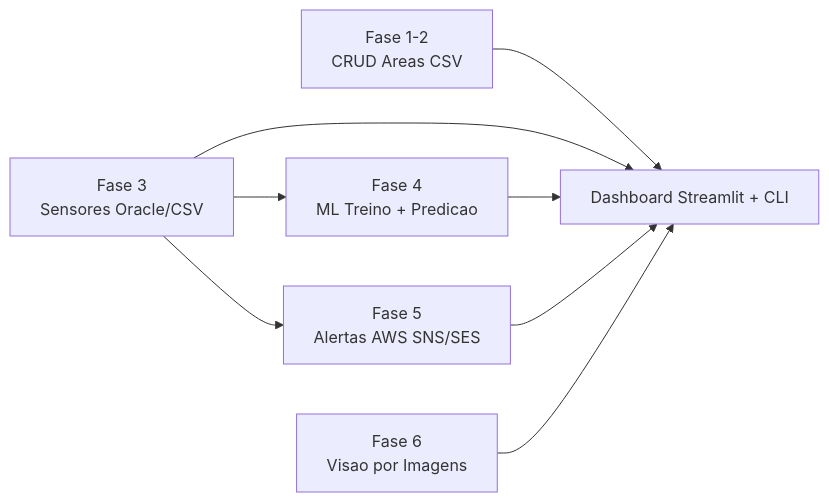
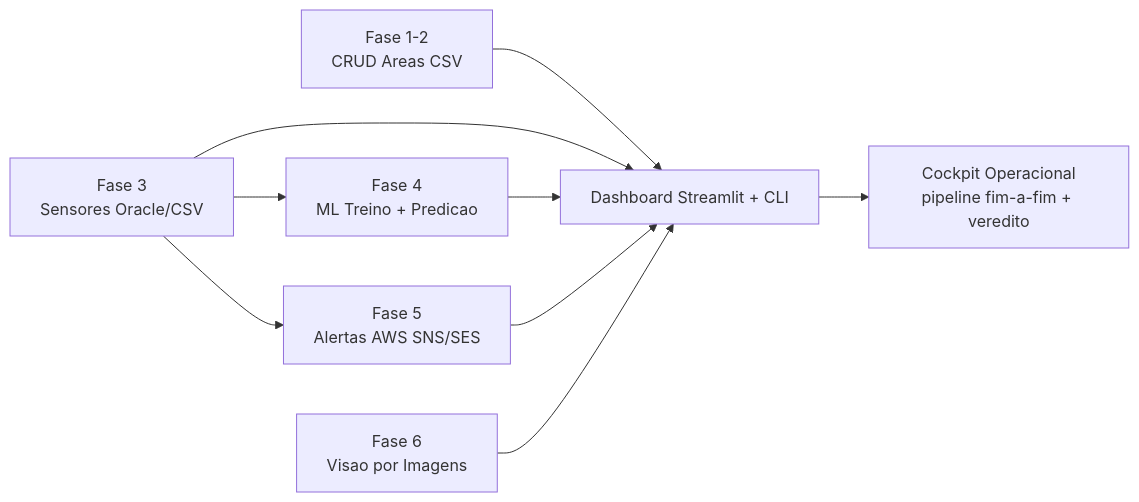
Before and after one commit to Phemassa/Cap1_Consolida_sistema: the diagram in README.md, drawn with Mermaid. The commit also changed other lines of this file, not shown here.

Commit message:
docs(readme): documenta o Cockpit Operacional na arquitetura, estrutura e CLI

````diff
--- a/README.md
+++ b/README.md
@@ -115,10 +118,11 @@
 ```mermaid
 flowchart LR
   A[Fase 1-2<br/>CRUD Areas CSV] --> F[Dashboard Streamlit + CLI]
   B[Fase 3<br/>Sensores Oracle/CSV] --> F
   C[Fase 4<br/>ML Treino + Predicao] --> F
   D[Fase 5<br/>Alertas AWS SNS/SES] --> F
   E[Fase 6<br/>Visao por Imagens] --> F
   B --> C
   B --> D
+  F --> G[Cockpit Operacional<br/>pipeline fim-a-fim + veredito]
 ```
````
